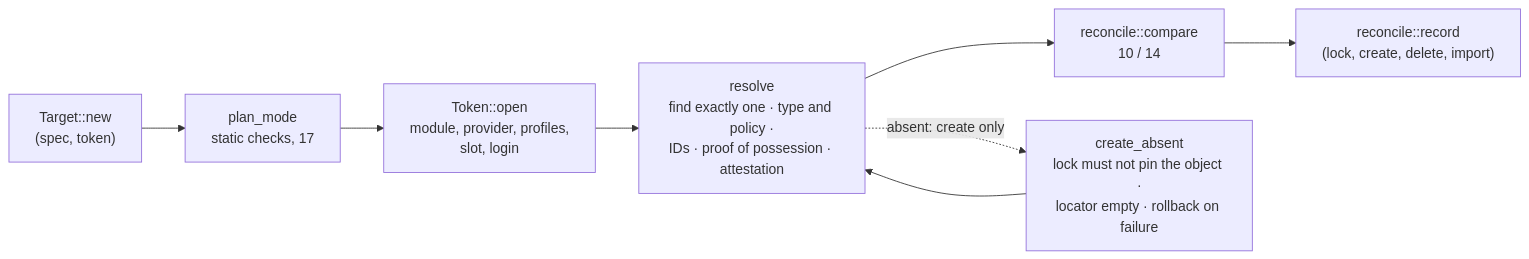
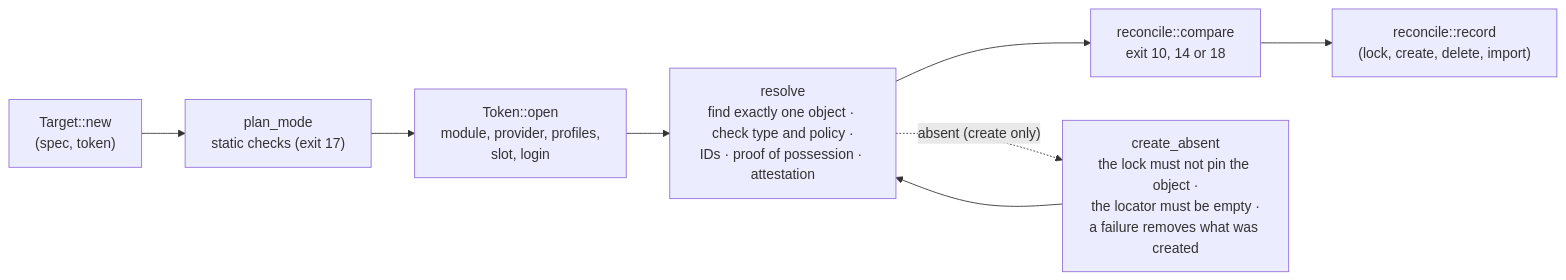
The second of 2 diagrams in docs/ARCHITECTURE.md (Princemachiavelli/cakeys), drawn with Mermaid before and after one commit. The commit also changed other lines of this file, not shown here.

First line of the commit message:
docs: ARCHITECTURE.md in plain English, and the map brought up to date

````diff
--- a/docs/ARCHITECTURE.md
+++ b/docs/ARCHITECTURE.md
@@ -102,10 +116,10 @@
 ```mermaid
 flowchart LR
-    A["Target::new<br/>(spec, token)"] --> B["plan_mode<br/>static checks, 17"]
+    A["Target::new<br/>(spec, token)"] --> B["plan_mode<br/>static checks (exit 17)"]
     B --> C["Token::open<br/>module, provider, profiles,<br/>slot, login"]
-    C --> D["resolve<br/>find exactly one · type and policy ·<br/>IDs · proof of possession · attestation"]
-    D --> E["reconcile::compare<br/>10 / 14"]
+    C --> D["resolve<br/>find exactly one object · check type and policy ·<br/>IDs · proof of possession · attestation"]
+    D --> E["reconcile::compare<br/>exit 10, 14 or 18"]
     E --> F["reconcile::record<br/>(lock, create, delete, import)"]
-    D -. "absent: create only" .-> G["create_absent<br/>lock must not pin the object ·<br/>locator empty · rollback on failure"]
+    D -. "absent (create only)" .-> G["create_absent<br/>the lock must not pin the object ·<br/>the locator must be empty ·<br/>a failure removes what was created"]
     G --> D
 ```
````
